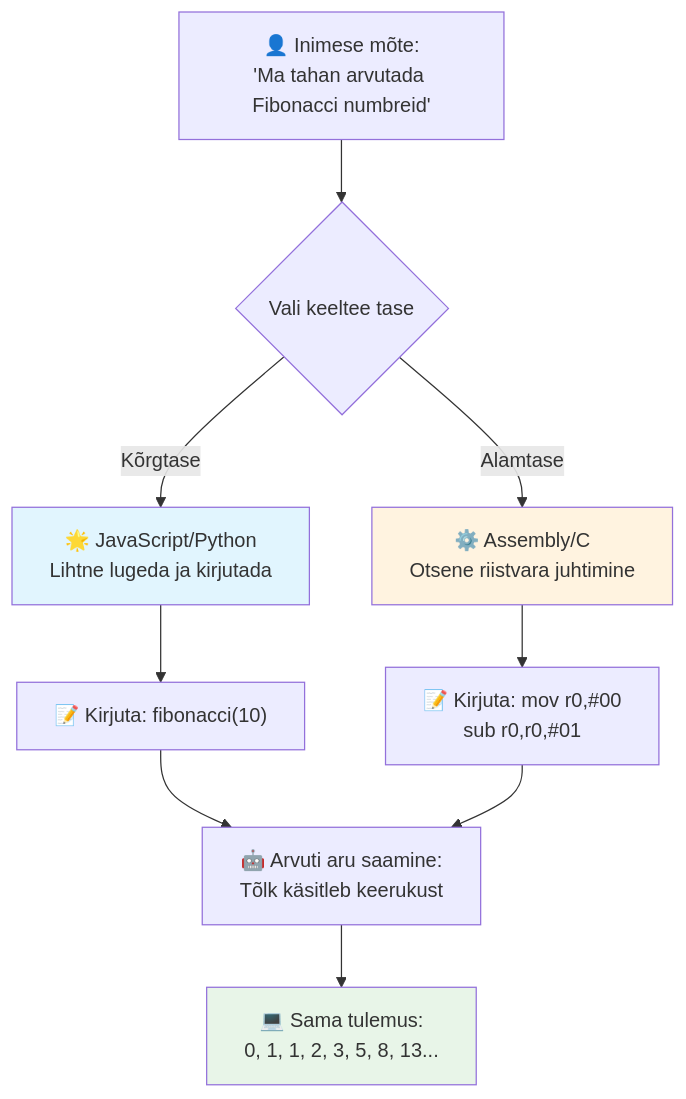
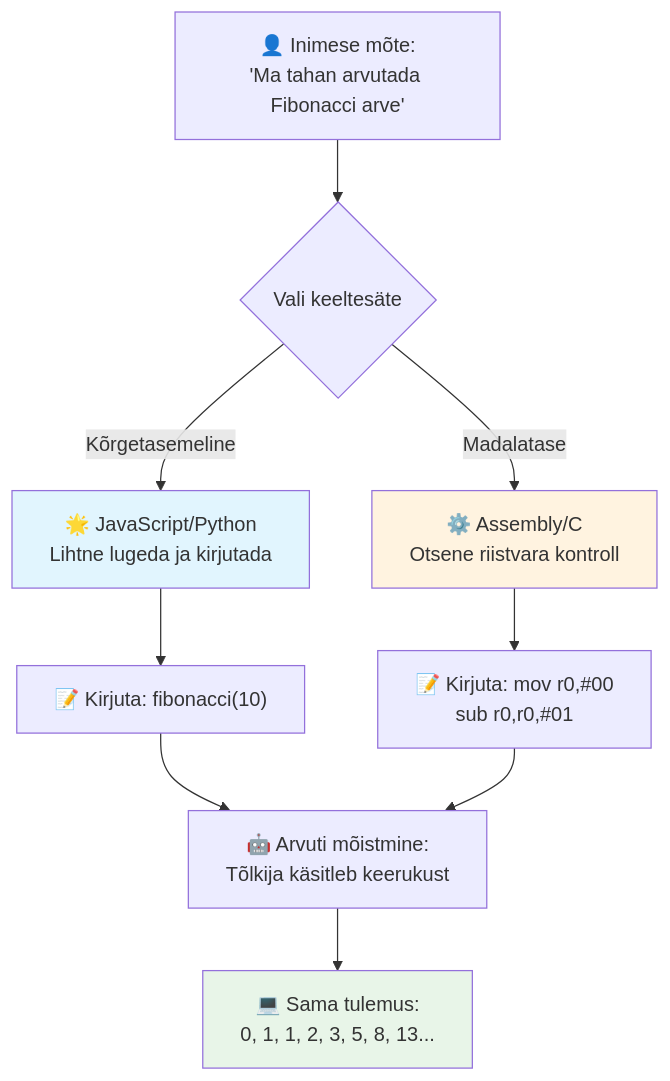
One commit to microsoft/Web-Dev-For-Beginners changed the third of 7 diagrams in translations/et/1-getting-started-lessons/1-intro-to-programming-languages/README.md. Above: the diagram before and after it, drawn with Mermaid. The commit also changed other lines of this file and 11 other files, not shown here.

````diff
--- a/translations/et/1-getting-started-lessons/1-intro-to-programming-languages/README.md
+++ b/translations/et/1-getting-started-lessons/1-intro-to-programming-languages/README.md
@@ -147,19 +148,19 @@
 ```mermaid
 flowchart TB
-    A["👤 Inimese mõte:<br/>'Ma tahan arvutada Fibonacci numbreid'"] --> B{Vali keeltee tase}
+    A["👤 Inimese mõte:<br/>'Ma tahan arvutada Fibonacci arve'"] --> B{Vali keeltesäte}
     
-    B -->|Kõrgtase| C["🌟 JavaScript/Python<br/>Lihtne lugeda ja kirjutada"]
-    B -->|Alamtase| D["⚙️ Assembly/C<br/>Otsene riistvara juhtimine"]
+    B -->|Kõrgetasemeline| C["🌟 JavaScript/Python<br/>Lihtne lugeda ja kirjutada"]
+    B -->|Madalatase| D["⚙️ Assembly/C<br/>Otsene riistvara kontroll"]
     
     C --> E["📝 Kirjuta: fibonacci(10)"]
     D --> F["📝 Kirjuta: mov r0,#00<br/>sub r0,r0,#01"]
     
-    E --> G["🤖 Arvuti aru saamine:<br/>Tõlk käsitleb keerukust"]
+    E --> G["🤖 Arvuti mõistmine:<br/>Tõlkija käsitleb keerukust"]
     F --> G
     
     G --> H["💻 Sama tulemus:<br/>0, 1, 1, 2, 3, 5, 8, 13..."]
     
     style C fill:#e1f5fe
     style D fill:#fff3e0
     style H fill:#e8f5e8
 ```
````
